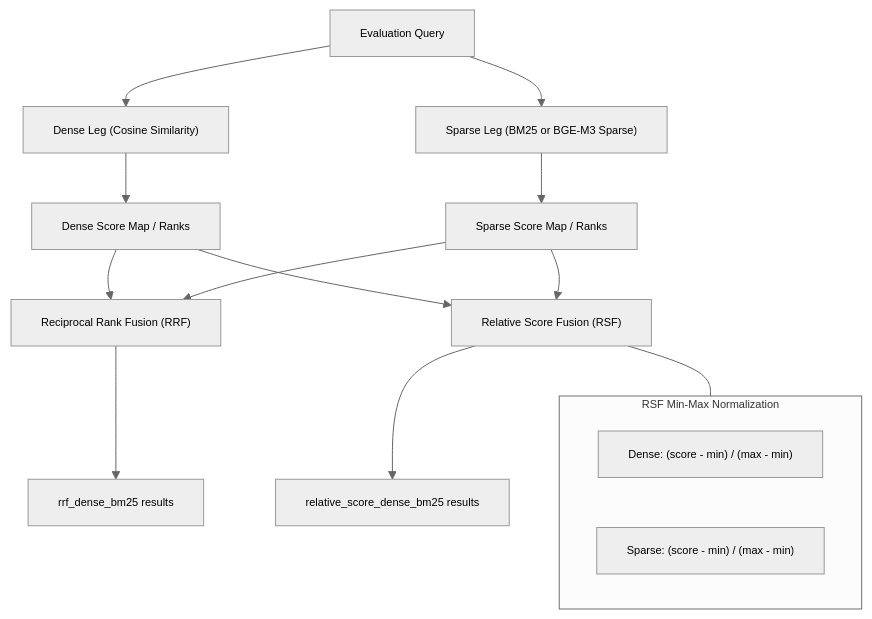
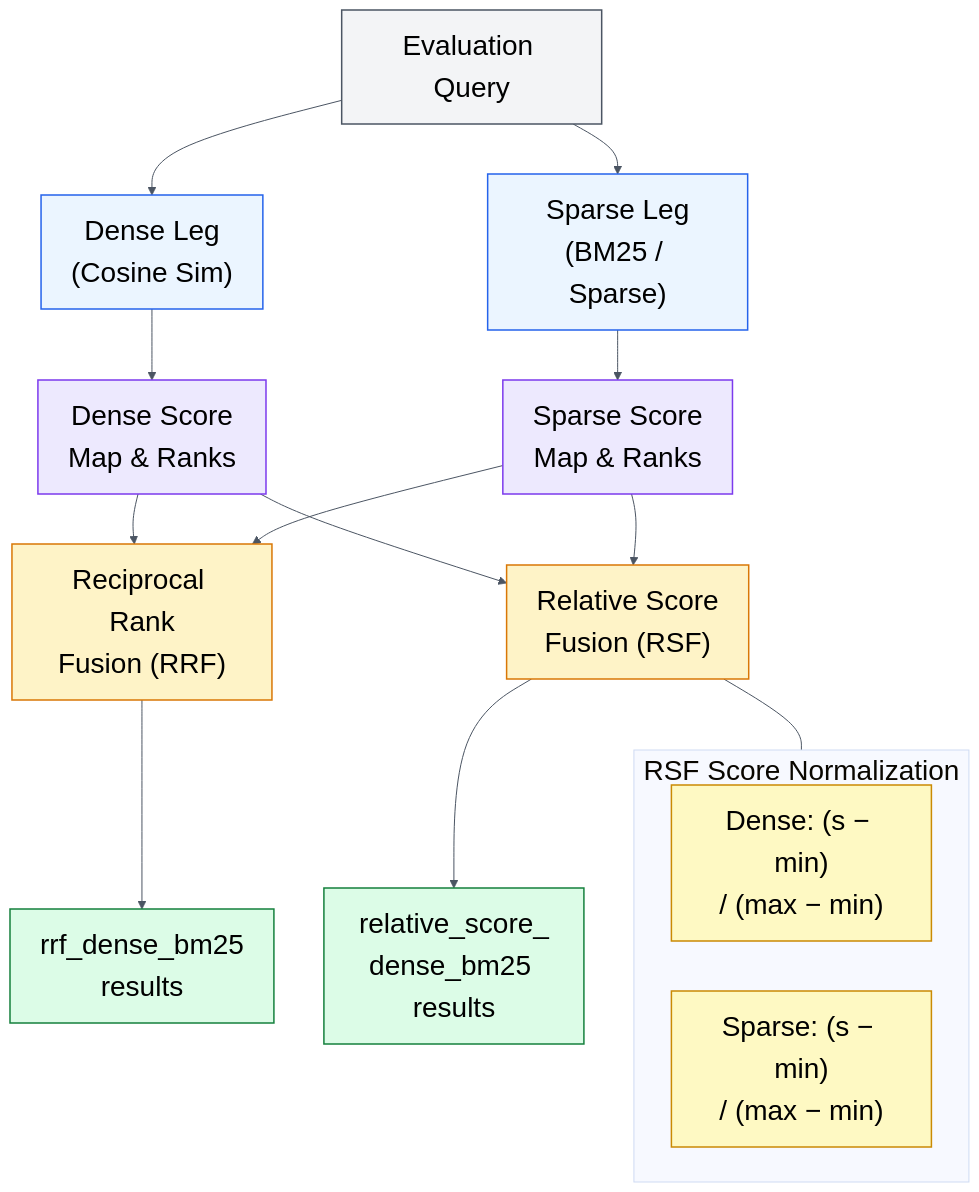
One commit to the-write-path-code/ch03-taming-hallucination-puzzle changed the fifth of 7 diagrams in docs/workflow.md. Above: the diagram before and after it, drawn with Mermaid. The commit also changed other lines of this file, not shown here.

Commit message:
docs: update Figure 3.5 architecture flow to Wiley-IEEE monograph layout

````diff
--- a/docs/workflow.md
+++ b/docs/workflow.md
@@ -134,25 +160,39 @@
 ```mermaid
-%%{init: {"theme": "neutral", "themeVariables": {"fontFamily": "Arial, Helvetica, sans-serif", "fontSize": "11px", "actorFontSize": "11px", "noteFontSize": "10px", "messageFontSize": "10px"}}}%%
+%%{init: {"theme": "base", "themeVariables": {"fontFamily": "Arial, Helvetica, sans-serif", "fontSize": "28px", "primaryTextColor": "#000000", "lineColor": "#4B5563"}}}%%
 flowchart TD
-    Q["Evaluation Query"] --> DLeg["Dense Leg (Cosine Similarity)"]
-    Q --> SLeg["Sparse Leg (BM25 or BGE-M3 Sparse)"]
+    Q["Evaluation Query"] --> DLeg["Dense Leg<br/>(Cosine Sim)"]
+    Q --> SLeg["Sparse Leg<br/>(BM25 / Sparse)"]
     
-    DLeg --> DScore["Dense Score Map / Ranks"]
-    SLeg --> SScore["Sparse Score Map / Ranks"]
+    DLeg --> DScore["Dense Score<br/>Map & Ranks"]
+    SLeg --> SScore["Sparse Score<br/>Map & Ranks"]
     
-    DScore --> RRF["Reciprocal Rank Fusion (RRF)"]
+    DScore --> RRF["Reciprocal Rank<br/>Fusion (RRF)"]
     SScore --> RRF
     
-    DScore --> RSF["Relative Score Fusion (RSF)"]
+    DScore --> RSF["Relative Score<br/>Fusion (RSF)"]
     SScore --> RSF
     
-    subgraph Normalization ["RSF Min-Max Normalization"]
-        N1["Dense: (score - min) / (max - min)"]
-        N2["Sparse: (score - min) / (max - min)"]
+    subgraph Normalization ["RSF Score Normalization"]
+        N1["Dense: (s &minus; min)<br/>/ (max &minus; min)"]
+        N2["Sparse: (s &minus; min)<br/>/ (max &minus; min)"]
     end
     
     RSF --- Normalization
     
-    RRF --> Out1["rrf_dense_bm25 results"]
-    RSF --> Out2["relative_score_dense_bm25 results"]
+    RRF --> Out1["rrf_dense_bm25<br/>results"]
+    RSF --> Out2["relative_score_<br/>dense_bm25 results"]
+
+    classDef inputNode fill:#F3F4F6,stroke:#4B5563,color:#000000,stroke-width:1.5px
+    classDef legNode fill:#EBF5FF,stroke:#2563EB,color:#000000,stroke-width:1.5px
+    classDef scoreNode fill:#EDE9FE,stroke:#7C3AED,color:#000000,stroke-width:1.5px
+    classDef fusionNode fill:#FEF3C7,stroke:#D97706,color:#000000,stroke-width:1.5px
+    classDef normNode fill:#FEF9C3,stroke:#CA8A04,color:#000000,stroke-width:1.5px
+    classDef outNode fill:#DCFCE7,stroke:#15803D,color:#000000,stroke-width:1.5px
+
+    class Q inputNode
+    class DLeg,SLeg legNode
+    class DScore,SScore scoreNode
+    class RRF,RSF fusionNode
+    class N1,N2 normNode
+    class Out1,Out2 outNode
 ```
````
